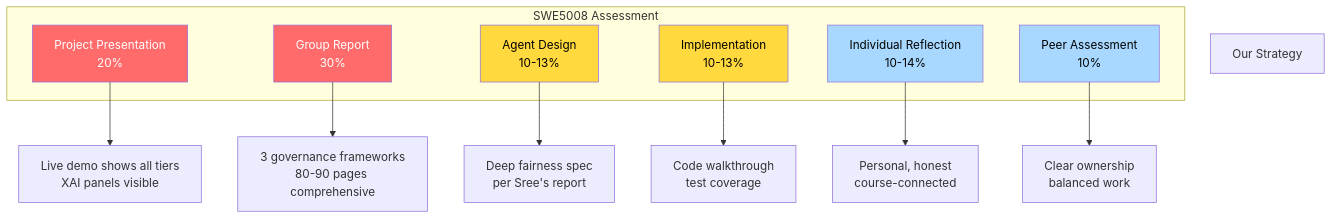
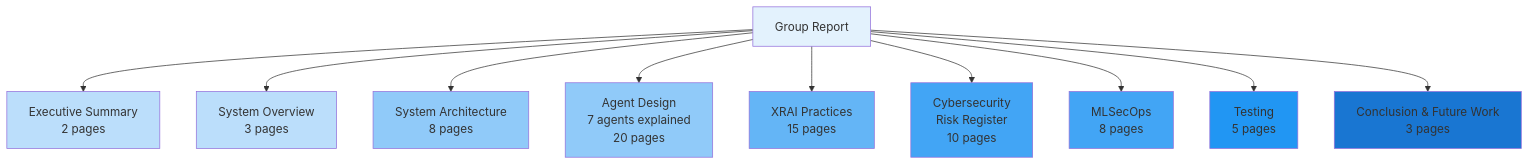
Diagram 15 of 15 in docs/architecture/master_plan.md (tracedata-ai/tracedata-ai-monorepo), drawn with Mermaid before and after one commit. The commit also changed other lines of this file and 1 other file, not shown here.

````diff
--- a/docs/architecture/master_plan.md
+++ b/docs/architecture/master_plan.md
@@ -457,27 +623,23 @@
 ```mermaid
-graph TB
-    subgraph Grading["SWE5008 Assessment"]
-        PRE["Project Presentation<br/>20%"]
-        GRP["Group Report<br/>30%"]
-        AGN["Agent Design<br/>10-13%"]
-        IMP["Implementation<br/>10-13%"]
-        REF["Individual Reflection<br/>10-14%"]
-        PEA["Peer Assessment<br/>10%"]
-    end
+graph TD
+    GR["Group Report"] --> S1["Executive Summary<br/>2 pages"]
+    GR --> S2["System Overview<br/>3 pages"]
+    GR --> S3["System Architecture<br/>8 pages"]
+    GR --> S4["Agent Design<br/>7 agents explained<br/>20 pages"]
+    GR --> S5["XRAI Practices<br/>15 pages"]
+    GR --> S6["Cybersecurity<br/>Risk Register<br/>10 pages"]
+    GR --> S7["MLSecOps<br/>8 pages"]
+    GR --> S8["Testing<br/>5 pages"]
+    GR --> S9["Conclusion & Future Work<br/>3 pages"]
 
-    STRATEGY["Our Strategy"]
-
-    PRE --> STRAT1["Live demo shows all tiers<br/>XAI panels visible"]
-    GRP --> STRAT2["3 governance frameworks<br/>80-90 pages comprehensive"]
-    AGN --> STRAT3["Deep fairness spec<br/>per Sree's report"]
-    IMP --> STRAT4["Code walkthrough<br/>test coverage"]
-    REF --> STRAT5["Personal, honest<br/>course-connected"]
-    PEA --> STRAT6["Clear ownership<br/>balanced work"]
-
-    style PRE fill:#ff6b6b,color:#fff
-    style GRP fill:#ff6b6b,color:#fff
-    style AGN fill:#ffd93d,color:#000
-    style IMP fill:#ffd93d,color:#000
-    style REF fill:#a8d8ff,color:#000
-    style PEA fill:#a8d8ff,color:#000
+    style GR fill:#e3f2fd
+    style S1 fill:#bbdefb
+    style S2 fill:#bbdefb
+    style S3 fill:#90caf9
+    style S4 fill:#90caf9
+    style S5 fill:#64b5f6
+    style S6 fill:#42a5f5
+    style S7 fill:#42a5f5
+    style S8 fill:#2196f3
+    style S9 fill:#1976d2
 ```
````
